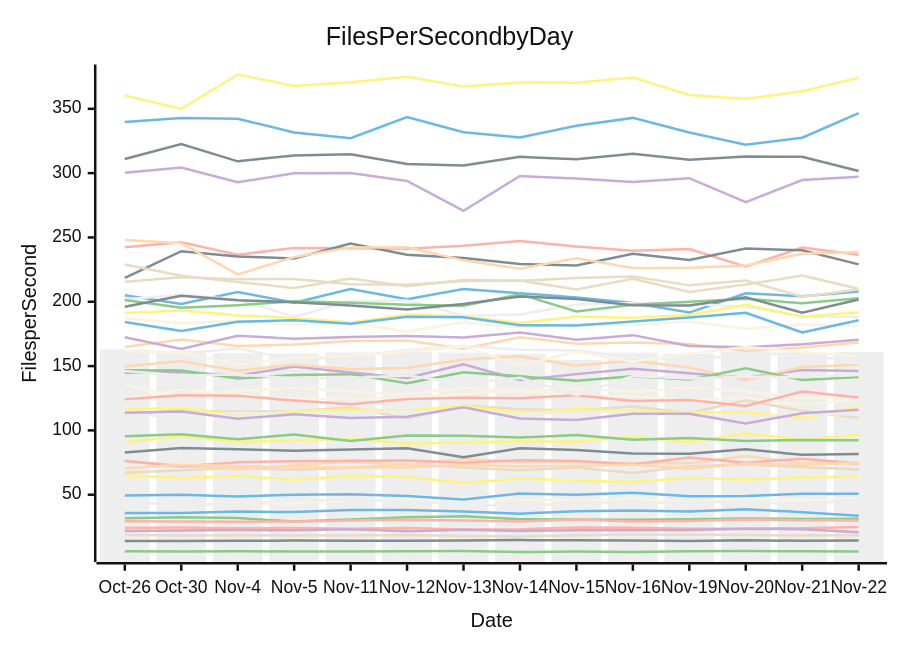
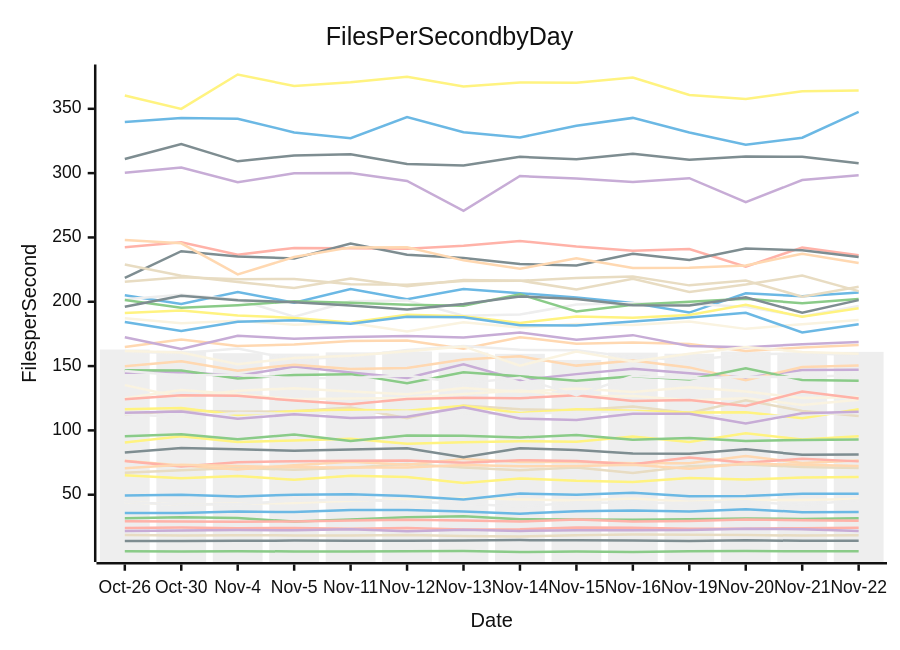
Before and after one commit to streetsidesoftware/cspell: the diagram in perf-report.md, drawn with Mermaid (neutral theme). The commit also changed other lines of this file and 1 other file, not shown here.

````diff
--- a/perf-report.md
+++ b/perf-report.md
@@ -10,57 +10,57 @@
 ```mermaid
 xychart-beta
     title Files Per Second by Day
     y-axis Files per Second
     x-axis Date [Oct-26, Oct-30, Nov-4, Nov-5, Nov-11, Nov-12, Nov-13, Nov-14, Nov-15, Nov-16, Nov-19, Nov-20, Nov-21, Nov-22]
-    bar [162.88, 161.94, 160.02, 159.72, 160.65, 161.35, 160.47, 159.54, 154.79, 160.46, 159.61, 161.30, 160.06, 160.93]
-    line [35.82, 35.71, 36.86, 36.50, 38.05, 38.19, 36.99, 35.25, 37.09, 37.76, 37.04, 38.77, 36.43, 33.66]
-    line [6.03, 5.80, 6.05, 5.91, 5.92, 6.05, 6.23, 5.47, 5.95, 5.52, 6.13, 6.21, 6.06, 5.87]
-    line [144.85, 145.45, 142.42, 149.63, 145.08, 140.78, 151.35, 139.20, 143.75, 147.85, 144.42, 140.89, 146.99, 146.20]
-    line [18.63, 18.25, 18.44, 18.38, 18.23, 18.67, 17.83, 17.56, 18.43, 19.15, 18.91, 18.65, 18.27, 18.42]
-    line [24.17, 24.43, 23.95, 24.20, 23.49, 24.08, 23.00, 23.06, 24.50, 24.34, 23.62, 23.53, 24.02, 24.82]
-    line [90.60, 95.53, 91.04, 92.11, 93.46, 89.53, 90.84, 91.64, 91.15, 95.31, 91.02, 97.72, 93.01, 96.60]
-    line [14.02, 13.97, 14.18, 14.33, 14.26, 14.23, 14.49, 14.71, 14.55, 14.39, 13.95, 14.60, 14.17, 14.45]
-    line [164.80, 170.61, 165.61, 166.70, 169.45, 169.81, 163.46, 172.46, 167.41, 168.34, 167.09, 161.78, 164.45, 168.25]
-    line [44.31, 42.25, 43.22, 43.49, 45.34, 46.46, 47.61, 46.36, 45.42, 47.07, 44.45, 46.03, 45.93, 47.28]
-    line [44.42, 42.24, 42.88, 45.37, 46.20, 44.50, 43.23, 40.60, 44.15, 43.48, 43.70, 44.83, 41.94, 46.42]
-    line [204.98, 198.27, 207.58, 199.26, 209.84, 202.01, 209.99, 206.66, 203.31, 199.00, 191.59, 206.65, 204.27, 207.89]
-    line [95.45, 97.05, 93.17, 96.79, 91.80, 95.95, 95.87, 94.48, 96.44, 92.65, 94.10, 91.76, 92.63, 92.33]
-    line [21.78, 22.12, 22.59, 22.34, 23.16, 21.54, 22.68, 21.85, 22.43, 22.45, 22.56, 23.60, 23.23, 20.89]
-    line [67.00, 69.09, 70.86, 69.37, 70.88, 73.81, 71.09, 69.11, 71.10, 66.81, 72.11, 73.56, 71.52, 69.59]
-    line [242.41, 246.20, 236.64, 241.81, 241.59, 241.14, 243.55, 247.17, 242.91, 239.70, 241.02, 227.21, 242.23, 236.63]
-    line [65.07, 62.75, 64.51, 61.69, 64.67, 63.79, 59.02, 62.70, 60.80, 59.91, 63.00, 61.76, 63.34, 64.41]
-    line [310.93, 322.55, 309.17, 313.73, 314.69, 307.18, 306.00, 312.70, 310.78, 315.06, 310.37, 312.90, 312.74, 301.64]
-    line [76.44, 72.80, 69.62, 72.93, 75.62, 73.39, 77.86, 75.46, 75.53, 74.48, 74.42, 80.12, 74.68, 74.23]
-    line [125.04, 131.49, 128.05, 124.13, 124.73, 125.27, 128.39, 131.06, 126.59, 126.76, 123.53, 124.94, 119.79, 124.69]
-    line [201.96, 205.39, 201.71, 188.42, 200.46, 201.07, 189.10, 190.06, 197.82, 199.09, 198.24, 196.06, 188.63, 188.29]
-    line [49.37, 49.99, 48.68, 50.03, 50.42, 49.00, 46.22, 50.88, 49.95, 51.56, 48.83, 49.01, 50.78, 50.68]
-    line [201.31, 195.27, 197.35, 200.31, 199.19, 197.63, 196.85, 205.77, 192.52, 197.76, 200.10, 202.32, 198.81, 202.70]
-    line [172.42, 163.25, 173.61, 171.18, 172.63, 173.35, 172.14, 176.09, 170.54, 174.05, 165.70, 164.60, 166.98, 170.48]
-    line [112.16, 115.50, 114.45, 114.87, 117.85, 109.38, 119.29, 116.46, 115.59, 118.49, 113.54, 123.36, 115.17, 109.65]
-    line [76.18, 72.03, 75.21, 76.09, 76.34, 76.58, 74.79, 76.80, 76.30, 73.76, 78.85, 74.91, 77.93, 74.20]
-    line [116.53, 117.43, 111.89, 115.01, 116.13, 115.22, 119.08, 113.54, 116.51, 115.21, 113.92, 114.16, 109.46, 117.94]
-    line [196.07, 204.60, 201.12, 199.63, 197.18, 194.05, 198.31, 204.17, 202.23, 197.34, 197.09, 203.42, 191.56, 201.76]
-    line [70.57, 73.22, 72.23, 71.32, 71.25, 71.08, 73.06, 72.16, 72.33, 73.39, 70.13, 74.26, 73.25, 75.08]
-    line [135.21, 125.70, 130.73, 132.76, 130.23, 128.16, 133.01, 129.97, 132.49, 129.80, 133.61, 130.16, 125.21, 126.17]
-    line [112.63, 110.40, 113.53, 112.85, 114.15, 114.65, 113.36, 112.62, 114.36, 114.33, 111.99, 110.22, 112.37, 112.52]
-    line [339.82, 342.79, 342.26, 331.64, 327.21, 343.58, 331.81, 327.76, 336.79, 342.94, 331.62, 322.15, 327.54, 346.68]
-    line [31.78, 32.41, 31.83, 29.14, 30.76, 32.43, 33.35, 30.87, 30.71, 30.55, 30.97, 31.56, 31.09, 31.36]
-    line [300.22, 304.34, 292.89, 299.81, 300.08, 293.90, 270.62, 297.75, 295.78, 293.19, 296.08, 277.37, 294.62, 297.12]
-    line [215.49, 219.14, 217.54, 217.64, 213.57, 213.32, 216.11, 216.43, 209.55, 217.83, 207.54, 213.34, 220.45, 210.10]
-    line [29.41, 29.14, 29.07, 29.19, 29.96, 30.60, 29.98, 29.13, 30.65, 29.20, 29.66, 30.68, 30.21, 29.87]
-    line [191.17, 193.23, 189.38, 187.47, 183.93, 189.93, 188.83, 183.53, 188.50, 187.66, 189.71, 197.63, 188.37, 191.76]
-    line [218.53, 239.32, 235.17, 233.67, 245.24, 236.50, 233.98, 229.39, 228.12, 237.34, 232.45, 241.31, 240.00, 229.09]
-    line [149.93, 153.73, 146.39, 151.10, 147.79, 148.60, 155.08, 157.59, 150.36, 154.26, 148.98, 139.01, 149.20, 150.99]
-    line [187.18, 183.23, 185.22, 182.14, 183.42, 176.89, 184.07, 179.92, 182.71, 181.97, 184.63, 178.93, 182.57, 181.24]
-    line [161.40, 160.02, 163.60, 155.05, 157.20, 162.55, 165.62, 162.61, 162.23, 156.96, 154.28, 159.13, 159.89, 152.13]
-    line [184.23, 177.36, 184.49, 185.72, 182.94, 188.28, 187.98, 181.73, 181.49, 184.66, 187.81, 191.42, 176.14, 185.59]
-    line [146.69, 146.59, 140.40, 143.02, 143.74, 136.69, 145.20, 142.11, 138.52, 142.01, 139.48, 148.36, 139.11, 141.46]
-    line [113.80, 114.69, 109.15, 112.48, 109.72, 110.55, 118.02, 109.29, 108.02, 112.93, 112.97, 105.44, 113.26, 116.00]
-    line [229.01, 220.21, 215.36, 210.66, 218.14, 212.13, 216.95, 216.28, 218.40, 219.59, 212.75, 216.58, 203.96, 209.49]
-    line [124.19, 127.28, 126.86, 123.18, 120.25, 124.45, 125.35, 124.99, 127.41, 122.93, 123.56, 118.96, 130.24, 125.59]
-    line [360.33, 349.95, 376.67, 367.68, 370.64, 374.87, 367.41, 370.51, 370.21, 374.24, 360.74, 357.55, 363.60, 374.17]
-    line [82.78, 86.40, 85.26, 84.18, 85.13, 86.07, 79.22, 86.18, 84.80, 82.10, 81.80, 85.25, 80.99, 81.65]
-    line [247.95, 245.41, 221.31, 234.75, 242.27, 242.37, 232.19, 225.67, 233.72, 226.18, 226.48, 228.27, 237.35, 238.69]
-    line [161.82, 160.48, 151.46, 156.36, 158.02, 161.56, 165.28, 150.34, 161.29, 153.65, 159.58, 164.91, 160.94, 157.84]
-    line [146.14, 142.74, 143.48, 140.52, 140.72, 142.75, 136.72, 140.92, 127.38, 142.26, 140.32, 141.64, 141.43, 143.01]
+    bar [162.88, 161.94, 160.02, 159.72, 160.65, 161.35, 160.47, 159.54, 154.79, 160.46, 159.61, 161.30, 160.06, 161.07]
+    line [35.82, 35.71, 36.86, 36.50, 38.05, 38.19, 36.99, 35.25, 37.09, 37.76, 37.04, 38.77, 36.43, 36.55]
+    line [6.03, 5.80, 6.05, 5.91, 5.92, 6.05, 6.23, 5.47, 5.95, 5.52, 6.13, 6.21, 6.06, 6.00]
+    line [144.85, 145.45, 142.42, 149.63, 145.08, 140.78, 151.35, 139.20, 143.75, 147.85, 144.42, 140.89, 146.99, 147.16]
+    line [18.63, 18.25, 18.44, 18.38, 18.23, 18.67, 17.83, 17.56, 18.43, 19.15, 18.91, 18.65, 18.27, 18.52]
+    line [24.17, 24.43, 23.95, 24.20, 23.49, 24.08, 23.00, 23.06, 24.50, 24.34, 23.62, 23.53, 24.02, 24.23]
+    line [90.60, 95.53, 91.04, 92.11, 93.46, 89.53, 90.84, 91.64, 91.15, 95.31, 91.02, 97.72, 93.01, 95.37]
+    line [14.02, 13.97, 14.18, 14.33, 14.26, 14.23, 14.49, 14.71, 14.55, 14.39, 13.95, 14.60, 14.17, 14.18]
+    line [164.80, 170.61, 165.61, 166.70, 169.45, 169.81, 163.46, 172.46, 167.41, 168.34, 167.09, 161.78, 164.45, 166.41]
+    line [44.31, 42.25, 43.22, 43.49, 45.34, 46.46, 47.61, 46.36, 45.42, 47.07, 44.45, 46.03, 45.93, 46.58]
+    line [44.42, 42.24, 42.88, 45.37, 46.20, 44.50, 43.23, 40.60, 44.15, 43.48, 43.70, 44.83, 41.94, 45.87]
+    line [204.98, 198.27, 207.58, 199.26, 209.84, 202.01, 209.99, 206.66, 203.31, 199.00, 191.59, 206.65, 204.27, 207.11]
+    line [95.45, 97.05, 93.17, 96.79, 91.80, 95.95, 95.87, 94.48, 96.44, 92.65, 94.10, 91.76, 92.63, 92.88]
+    line [21.78, 22.12, 22.59, 22.34, 23.16, 21.54, 22.68, 21.85, 22.43, 22.45, 22.56, 23.60, 23.23, 21.70]
+    line [67.00, 69.09, 70.86, 69.37, 70.88, 73.81, 71.09, 69.11, 71.10, 66.81, 72.11, 73.56, 71.52, 70.73]
+    line [242.41, 246.20, 236.64, 241.81, 241.59, 241.14, 243.55, 247.17, 242.91, 239.70, 241.02, 227.21, 242.23, 236.13]
+    line [65.07, 62.75, 64.51, 61.69, 64.67, 63.79, 59.02, 62.70, 60.80, 59.91, 63.00, 61.76, 63.34, 63.78]
+    line [310.93, 322.55, 309.17, 313.73, 314.69, 307.18, 306.00, 312.70, 310.78, 315.06, 310.37, 312.90, 312.74, 307.69]
+    line [76.44, 72.80, 69.62, 72.93, 75.62, 73.39, 77.86, 75.46, 75.53, 74.48, 74.42, 80.12, 74.68, 76.58]
+    line [125.04, 131.49, 128.05, 124.13, 124.73, 125.27, 128.39, 131.06, 126.59, 126.76, 123.53, 124.94, 119.79, 123.77]
+    line [201.96, 205.39, 201.71, 188.42, 200.46, 201.07, 189.10, 190.06, 197.82, 199.09, 198.24, 196.06, 188.63, 196.64]
+    line [49.37, 49.99, 48.68, 50.03, 50.42, 49.00, 46.22, 50.88, 49.95, 51.56, 48.83, 49.01, 50.78, 50.67]
+    line [201.31, 195.27, 197.35, 200.31, 199.19, 197.63, 196.85, 205.77, 192.52, 197.76, 200.10, 202.32, 198.81, 202.16]
+    line [172.42, 163.25, 173.61, 171.18, 172.63, 173.35, 172.14, 176.09, 170.54, 174.05, 165.70, 164.60, 166.98, 168.69]
+    line [112.16, 115.50, 114.45, 114.87, 117.85, 109.38, 119.29, 116.46, 115.59, 118.49, 113.54, 123.36, 115.17, 111.11]
+    line [76.18, 72.03, 75.21, 76.09, 76.34, 76.58, 74.79, 76.80, 76.30, 73.76, 78.85, 74.91, 77.93, 75.92]
+    line [116.53, 117.43, 111.89, 115.01, 116.13, 115.22, 119.08, 113.54, 116.51, 115.21, 113.92, 114.16, 109.46, 116.44]
+    line [196.07, 204.60, 201.12, 199.63, 197.18, 194.05, 198.31, 204.17, 202.23, 197.34, 197.09, 203.42, 191.56, 201.26]
+    line [70.57, 73.22, 72.23, 71.32, 71.25, 71.08, 73.06, 72.16, 72.33, 73.39, 70.13, 74.26, 73.25, 72.41]
+    line [135.21, 125.70, 130.73, 132.76, 130.23, 128.16, 133.01, 129.97, 132.49, 129.80, 133.61, 130.16, 125.21, 125.92]
+    line [112.63, 110.40, 113.53, 112.85, 114.15, 114.65, 113.36, 112.62, 114.36, 114.33, 111.99, 110.22, 112.37, 113.80]
+    line [339.82, 342.79, 342.26, 331.64, 327.21, 343.58, 331.81, 327.76, 336.79, 342.94, 331.62, 322.15, 327.54, 347.69]
+    line [31.78, 32.41, 31.83, 29.14, 30.76, 32.43, 33.35, 30.87, 30.71, 30.55, 30.97, 31.56, 31.09, 31.75]
+    line [300.22, 304.34, 292.89, 299.81, 300.08, 293.90, 270.62, 297.75, 295.78, 293.19, 296.08, 277.37, 294.62, 298.41]
+    line [215.49, 219.14, 217.54, 217.64, 213.57, 213.32, 216.11, 216.43, 209.55, 217.83, 207.54, 213.34, 220.45, 208.25]
+    line [29.41, 29.14, 29.07, 29.19, 29.96, 30.60, 29.98, 29.13, 30.65, 29.20, 29.66, 30.68, 30.21, 29.67]
+    line [191.17, 193.23, 189.38, 187.47, 183.93, 189.93, 188.83, 183.53, 188.50, 187.66, 189.71, 197.63, 188.37, 194.96]
+    line [218.53, 239.32, 235.17, 233.67, 245.24, 236.50, 233.98, 229.39, 228.12, 237.34, 232.45, 241.31, 240.00, 234.88]
+    line [149.93, 153.73, 146.39, 151.10, 147.79, 148.60, 155.08, 157.59, 150.36, 154.26, 148.98, 139.01, 149.20, 150.38]
+    line [187.18, 183.23, 185.22, 182.14, 183.42, 176.89, 184.07, 179.92, 182.71, 181.97, 184.63, 178.93, 182.57, 185.79]
+    line [161.40, 160.02, 163.60, 155.05, 157.20, 162.55, 165.62, 162.61, 162.23, 156.96, 154.28, 159.13, 159.89, 158.58]
+    line [184.23, 177.36, 184.49, 185.72, 182.94, 188.28, 187.98, 181.73, 181.49, 184.66, 187.81, 191.42, 176.14, 182.60]
+    line [146.69, 146.59, 140.40, 143.02, 143.74, 136.69, 145.20, 142.11, 138.52, 142.01, 139.48, 148.36, 139.11, 138.55]
+    line [113.80, 114.69, 109.15, 112.48, 109.72, 110.55, 118.02, 109.29, 108.02, 112.93, 112.97, 105.44, 113.26, 114.47]
+    line [229.01, 220.21, 215.36, 210.66, 218.14, 212.13, 216.95, 216.28, 218.40, 219.59, 212.75, 216.58, 203.96, 211.74]
+    line [124.19, 127.28, 126.86, 123.18, 120.25, 124.45, 125.35, 124.99, 127.41, 122.93, 123.56, 118.96, 130.24, 124.88]
+    line [360.33, 349.95, 376.67, 367.68, 370.64, 374.87, 367.41, 370.51, 370.21, 374.24, 360.74, 357.55, 363.60, 364.19]
+    line [82.78, 86.40, 85.26, 84.18, 85.13, 86.07, 79.22, 86.18, 84.80, 82.10, 81.80, 85.25, 80.99, 81.28]
+    line [247.95, 245.41, 221.31, 234.75, 242.27, 242.37, 232.19, 225.67, 233.72, 226.18, 226.48, 228.27, 237.35, 230.05]
+    line [161.82, 160.48, 151.46, 156.36, 158.02, 161.56, 165.28, 150.34, 161.29, 153.65, 159.58, 164.91, 160.94, 159.52]
+    line [146.14, 142.74, 143.48, 140.52, 140.72, 142.75, 136.72, 140.92, 127.38, 142.26, 140.32, 141.64, 141.43, 143.12]
 ```
````
